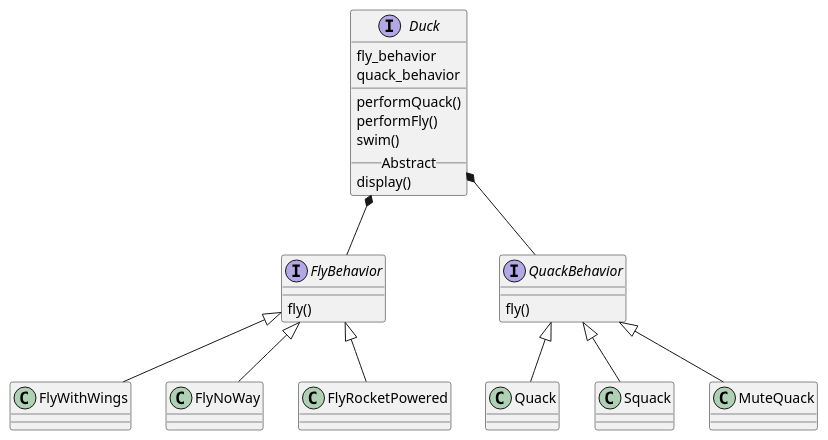
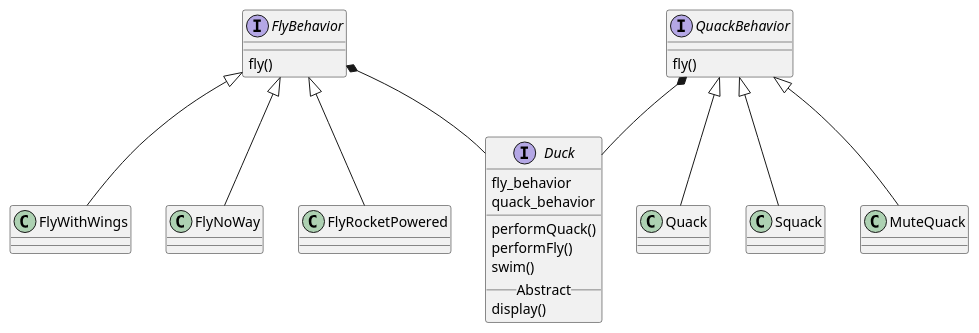
Before and after one commit to gama79530/DesignPattern: the diagram in StrategyPattern/StrategyPattern.puml, drawn with PlantUML.

Commit message:
update Strategy Pattern

```diff
--- a/StrategyPattern/StrategyPattern.puml
+++ b/StrategyPattern/StrategyPattern.puml
@@ -1,32 +1,32 @@
 @startuml
 interface Duck{
     fly_behavior
     quack_behavior
     __
     performQuack()
     performFly()
     swim()
     __ Abstract __
     display()
 }
 
 interface FlyBehavior{
     fly()
 }
 
 interface QuackBehavior{
     fly()
 }
 
-Duck *-- FlyBehavior
-Duck *-- QuackBehavior
+FlyBehavior *-- Duck
+QuackBehavior *-- Duck
 
 FlyBehavior <|-- FlyWithWings
 FlyBehavior <|-- FlyNoWay
 FlyBehavior <|-- FlyRocketPowered
 
 QuackBehavior <|-- Quack
 QuackBehavior <|-- Squack
 QuackBehavior <|-- MuteQuack
 
 @enduml
```
